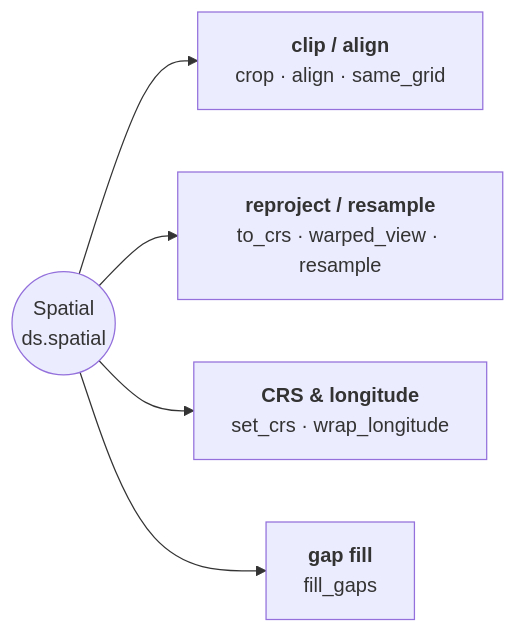
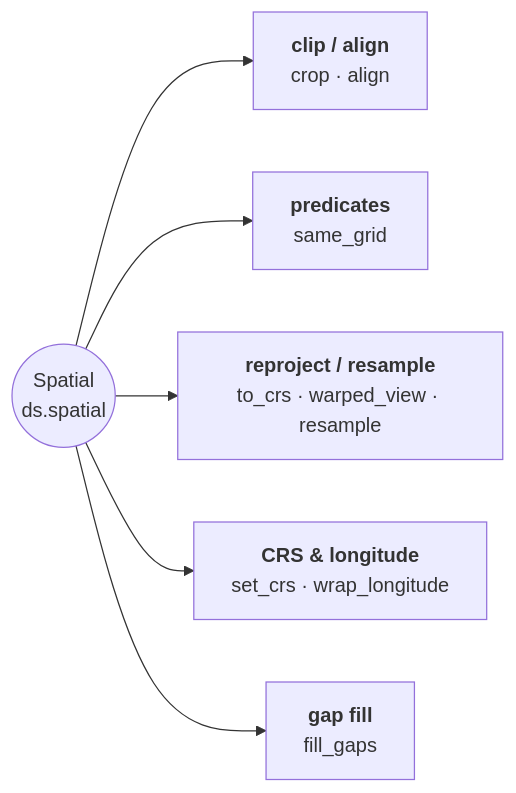
The diagram in docs/reference/dataset/spatial.md (serapeum-org/pyramids), drawn with Mermaid before and after one commit. The commit also changed 1 other file, not shown here.

Commit message:
docs(migration): record the raster arithmetic and the calc changes
The repo keeps an `unreleased` section per subpackage for exactly this class of
change, and two of them here are user-visible without warning: `pyramids calc`
now refuses inputs it used to accept and broadcast, and it no longer flattens a
rotated or anisotropic geotransform.

Under `dataset`, record the additive half — `combine`, `same_grid` and the four
operators — along with the parts a reader will otherwise discover by trial:
scalars are not accepted, a grid mismatch raises instead of resampling, an
integer result that masked nothing declares no sentinel, and both operands are
read whole.

Also move `same_grid` out of the Spatial diagram's "clip / align" group: every
other node there mutates geometry, and this one only answers a question.

````diff
--- a/docs/reference/dataset/spatial.md
+++ b/docs/reference/dataset/spatial.md
@@ -9,8 +9,9 @@
 ```mermaid
 flowchart LR
     SP(("Spatial<br/>ds.spatial"))
-    SP --> C["<b>clip / align</b><br/>crop · align · same_grid"]
+    SP --> C["<b>clip / align</b><br/>crop · align"]
+    SP --> P["<b>predicates</b><br/>same_grid"]
     SP --> R["<b>reproject / resample</b><br/>to_crs · warped_view · resample"]
     SP --> M["<b>CRS & longitude</b><br/>set_crs · wrap_longitude"]
     SP --> G["<b>gap fill</b><br/>fill_gaps"]
 ```
````
